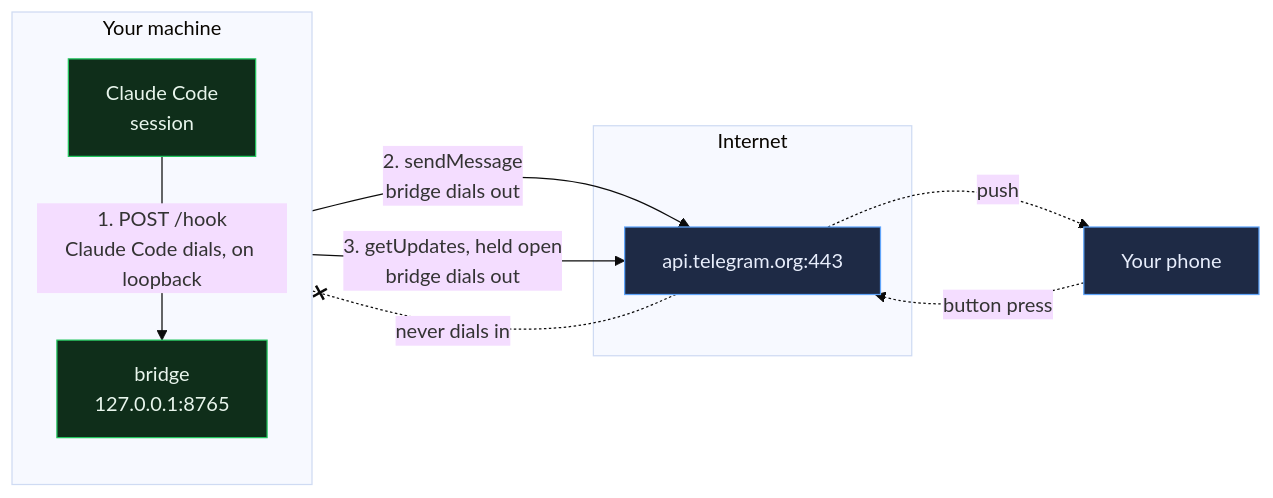
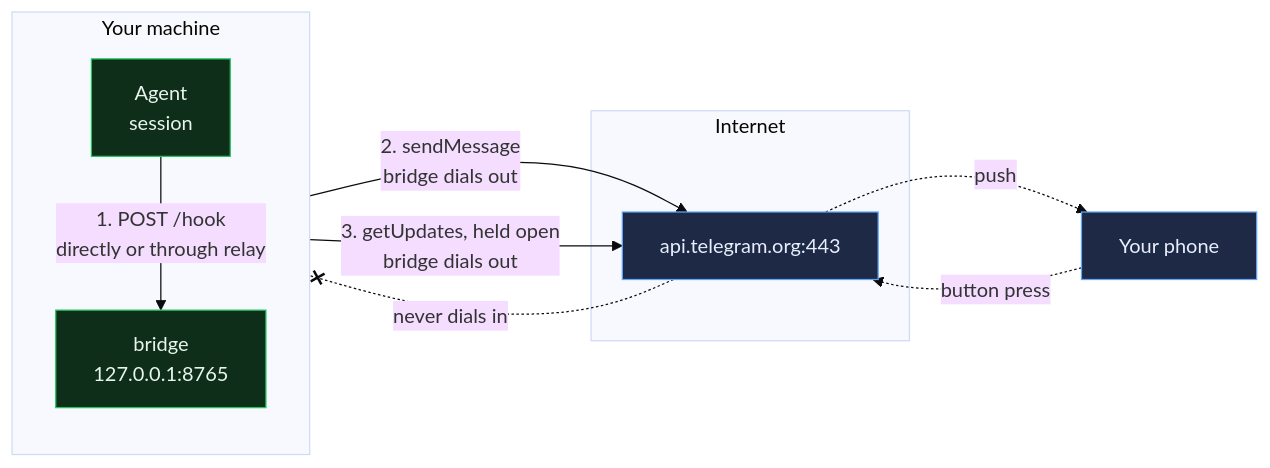
Before and after one commit to spazyCZ/bridge-for-agents: the first of 3 diagrams in SECURITY-MODEL.md, drawn with Mermaid (base theme). The commit also changed other lines of this file and 27 other files, not shown here.

````diff
--- a/SECURITY-MODEL.md
+++ b/SECURITY-MODEL.md
@@ -14,26 +14,26 @@
 ```mermaid
 flowchart LR
     subgraph host["Your machine"]
         direction TB
-        CC["Claude Code<br/>session"]
+        CC["Agent<br/>session"]
         BR["bridge<br/>127.0.0.1:8765"]
     end
 
     subgraph cloud["Internet"]
         TG["api.telegram.org:443"]
     end
 
     PH["Your phone"]
 
-    CC -->|"1. POST /hook<br/>Claude Code dials, on loopback"| BR
+    CC -->|"1. POST /hook<br/>directly or through relay"| BR
     BR -->|"2. sendMessage<br/>bridge dials out"| TG
     BR -->|"3. getUpdates, held open<br/>bridge dials out"| TG
     TG -.->|"push"| PH
     PH -.->|"button press"| TG
     TG -. "never dials in" .-x BR
 
     classDef safe fill:#0f2e1a,stroke:#22c55e,color:#e8f5ec
     classDef out fill:#1e2a45,stroke:#60a5fa,color:#e8eefc
     class CC,BR safe
     class TG,PH out
 ```
````
